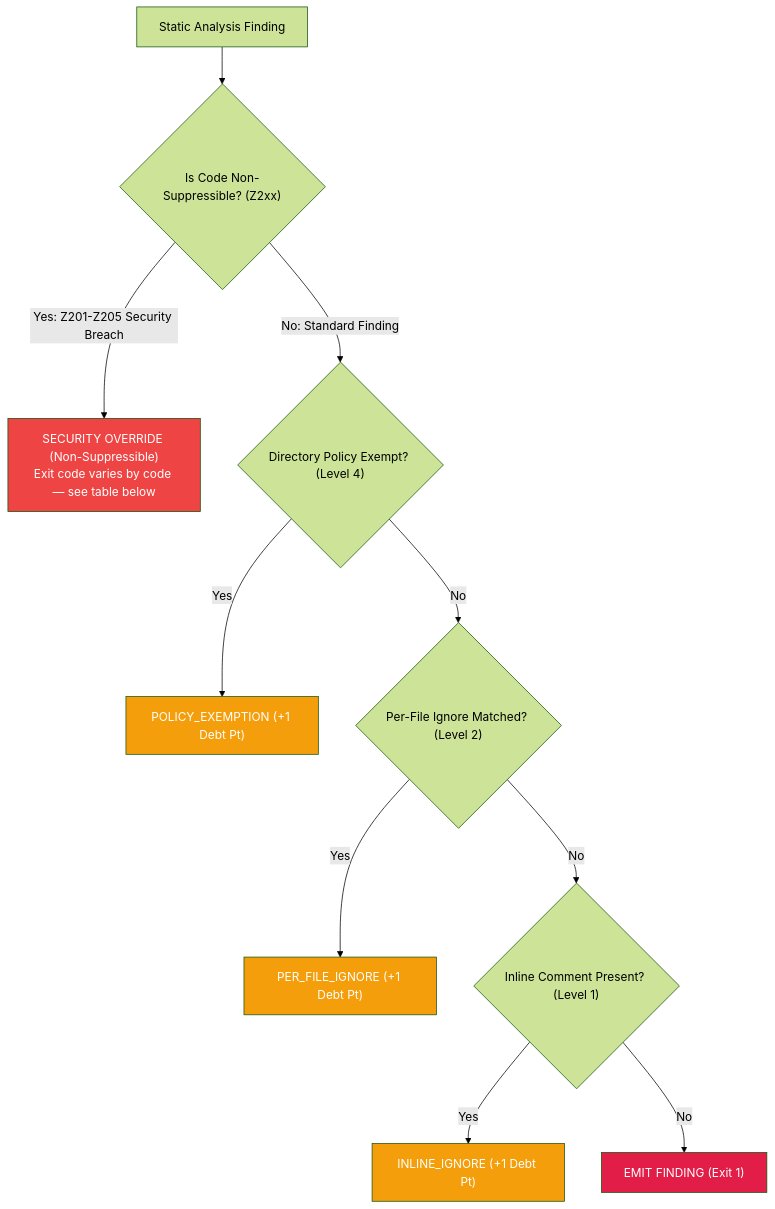
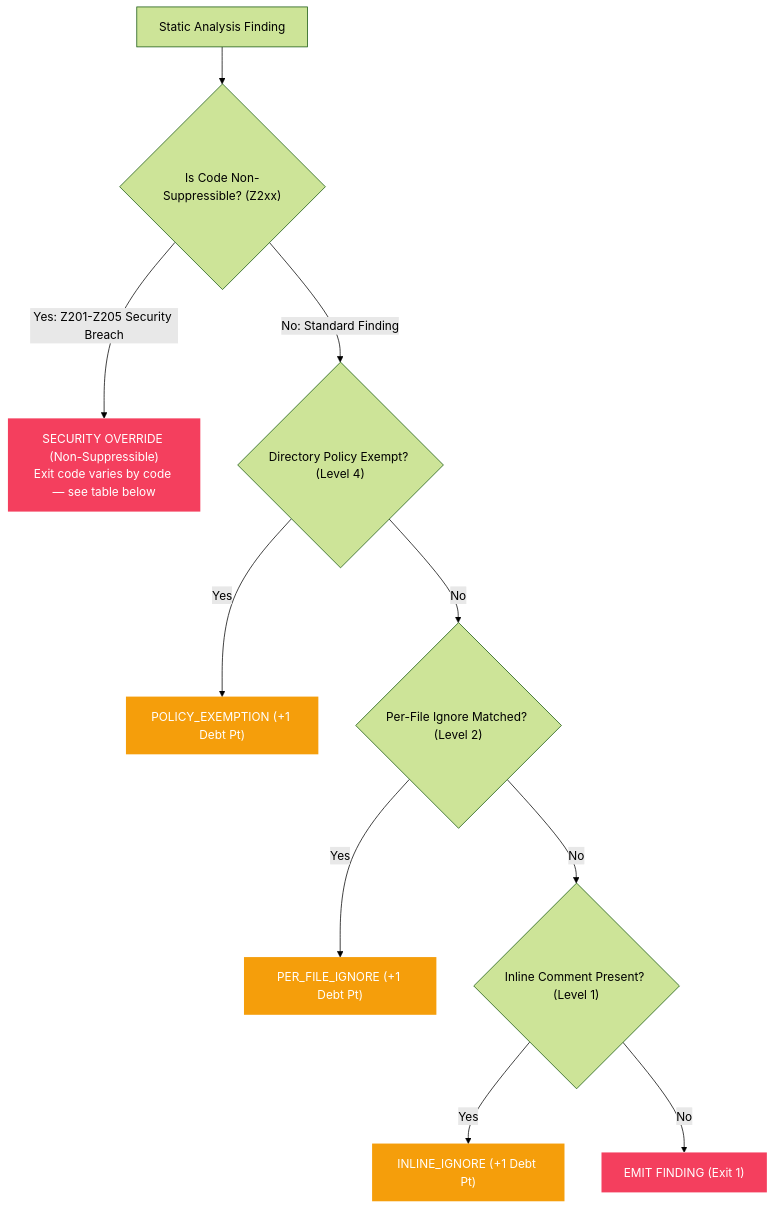
One commit to PythonWoods-Dev/zenzic changed the first of 2 diagrams in docs/reference/suppression-policy.md. Above: the diagram before and after it, drawn with Mermaid (forest theme). The commit also changed other lines of this file and 11 other files, not shown here.

````diff
--- a/docs/reference/suppression-policy.md
+++ b/docs/reference/suppression-policy.md
@@ -46,18 +46,20 @@
 ```mermaid
 flowchart TD
     A["Static Analysis Finding"] --> B{"Is Code Non-Suppressible? (Z2xx)"}
     B -->|Yes: Z201-Z205 Security Breach| C["SECURITY OVERRIDE (Non-Suppressible)\nExit code varies by code — see table below"]
     B -->|No: Standard Finding| D{"Directory Policy Exempt? (Level 4)"}
     D -->|Yes| E["POLICY_EXEMPTION (+1 Debt Pt)"]
     D -->|No| F{"Per-File Ignore Matched? (Level 2)"}
     F -->|Yes| G["PER_FILE_IGNORE (+1 Debt Pt)"]
     F -->|No| H{"Inline Comment Present? (Level 1)"}
     H -->|Yes| I["INLINE_IGNORE (+1 Debt Pt)"]
     H -->|No| J["EMIT FINDING (Exit 1)"]
 
-    style C fill:#ef4444,color:#fff
-    style E fill:#f59e0b,color:#fff
-    style G fill:#f59e0b,color:#fff
-    style I fill:#f59e0b,color:#fff
-    style J fill:#e11d48,color:#fff
+    classDef entry fill:#4f46e5,color:#fff,stroke-width:0px
+    classDef data fill:#38bdf8,color:#fff,stroke-width:0px
+    classDef ok fill:#10b981,color:#fff,stroke-width:0px
+    classDef gate fill:#f59e0b,color:#fff,stroke-width:0px
+    classDef danger fill:#f43f5e,color:#fff,stroke-width:0px
+    class E,G,I gate
+    class C,J danger
 ```
````
